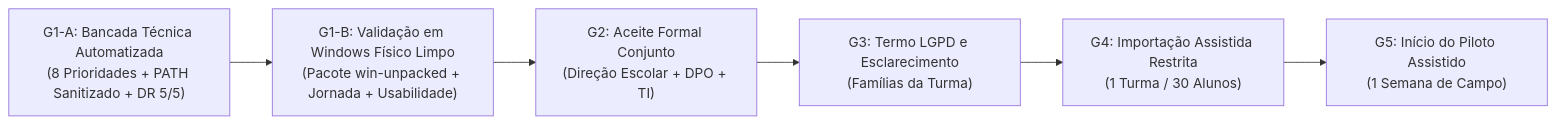
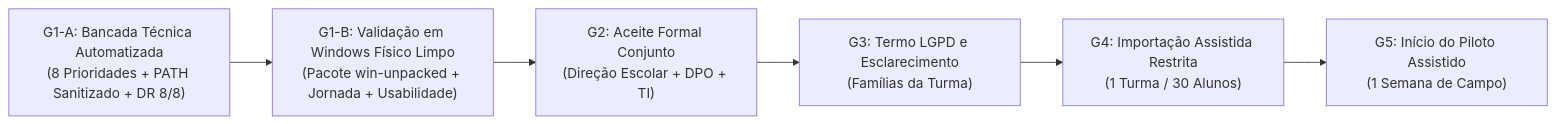
Before and after one commit to andrejrunb/-quila-pro-v-1.0.0: the diagram in perplexity/dossie_homologacao_h01_final.md, drawn with Mermaid. The commit also changed other lines of this file and 8 other files, not shown here.

````diff
--- a/perplexity/dossie_homologacao_h01_final.md
+++ b/perplexity/dossie_homologacao_h01_final.md
@@ -119,8 +127,8 @@
 ```mermaid
 flowchart LR
-    G1A["G1-A: Bancada Técnica Automatizada<br/>(8 Prioridades + PATH Sanitizado + DR 5/5)"] --> G1B["G1-B: Validação em Windows Físico Limpo<br/>(Pacote win-unpacked + Jornada + Usabilidade)"]
+    G1A["G1-A: Bancada Técnica Automatizada<br/>(8 Prioridades + PATH Sanitizado + DR 8/8)"] --> G1B["G1-B: Validação em Windows Físico Limpo<br/>(Pacote win-unpacked + Jornada + Usabilidade)"]
     G1B --> G2["G2: Aceite Formal Conjunto<br/>(Direção Escolar + DPO + TI)"]
     G2 --> G3["G3: Termo LGPD e Esclarecimento<br/>(Famílias da Turma)"]
     G3 --> G4["G4: Importação Assistida Restrita<br/>(1 Turma / 30 Alunos)"]
     G4 --> G5["G5: Início do Piloto Assistido<br/>(1 Semana de Campo)"]
 ```
````
